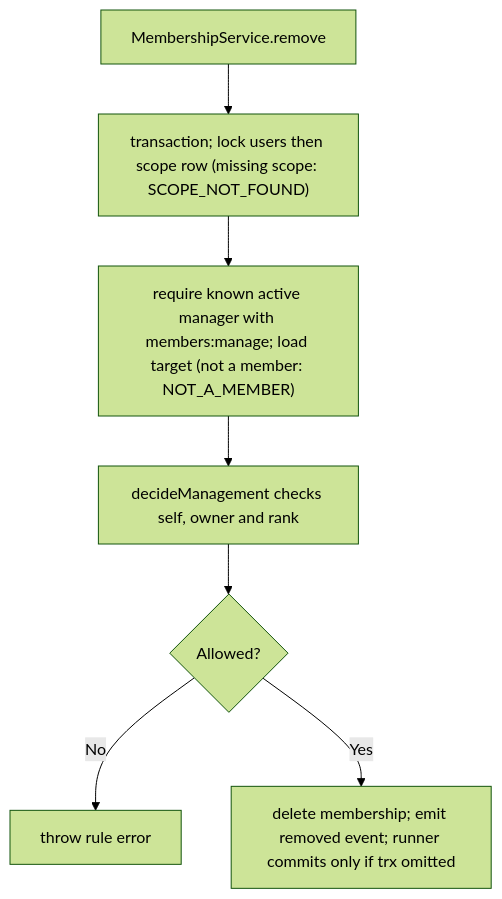
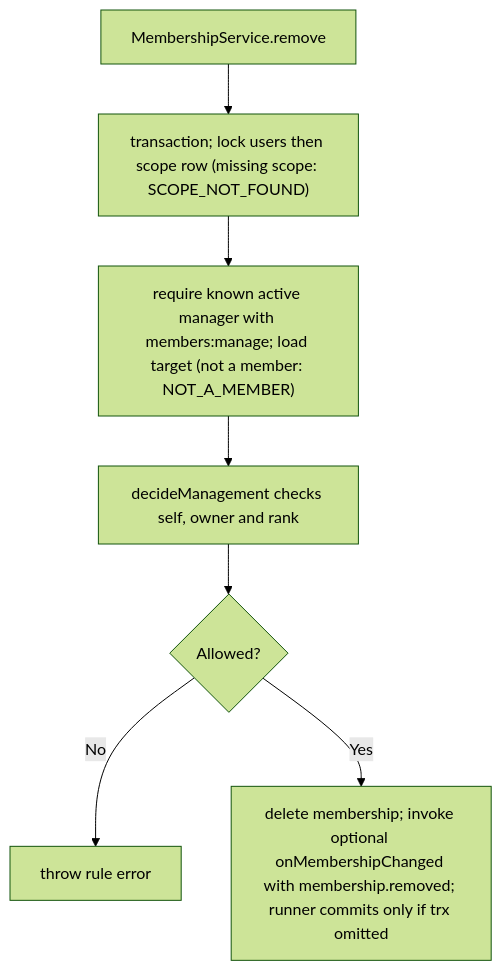
One commit to Kevinjohn/oss-adonisjs-access-control changed the second of 2 diagrams in user-stories/US-ACCESS-06-remove-member.md. Above: the diagram before and after it, drawn with Mermaid (forest theme). The commit also changed other lines of this file and 22 other files, not shown here.

````diff
--- a/user-stories/US-ACCESS-06-remove-member.md
+++ b/user-stories/US-ACCESS-06-remove-member.md
@@ -38,9 +38,9 @@
 ```mermaid
 flowchart TD
     A["MembershipService.remove"] --> B["transaction; lock users then scope row (missing scope: SCOPE_NOT_FOUND)"]
     B --> C["require known active manager with members:manage; load target (not a member: NOT_A_MEMBER)"]
     C --> D["decideManagement checks self, owner and rank"]
     D --> E{"Allowed?"}
     E -->|No| F["throw rule error"]
-    E -->|Yes| G["delete membership; emit removed event; runner commits only if trx omitted"]
+    E -->|Yes| G["delete membership; invoke optional onMembershipChanged with membership.removed; runner commits only if trx omitted"]
 ```
````
